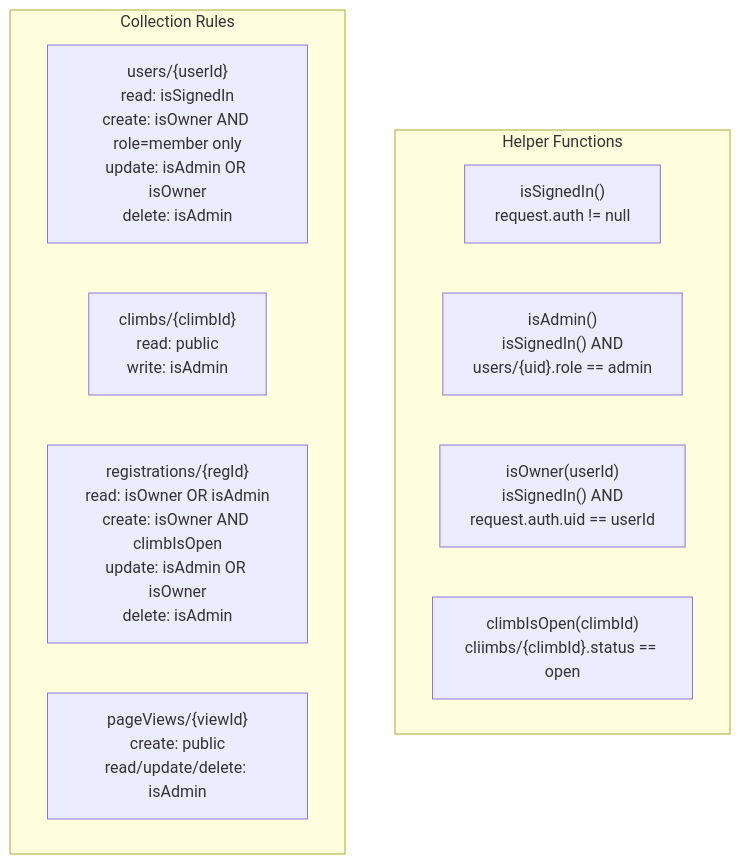
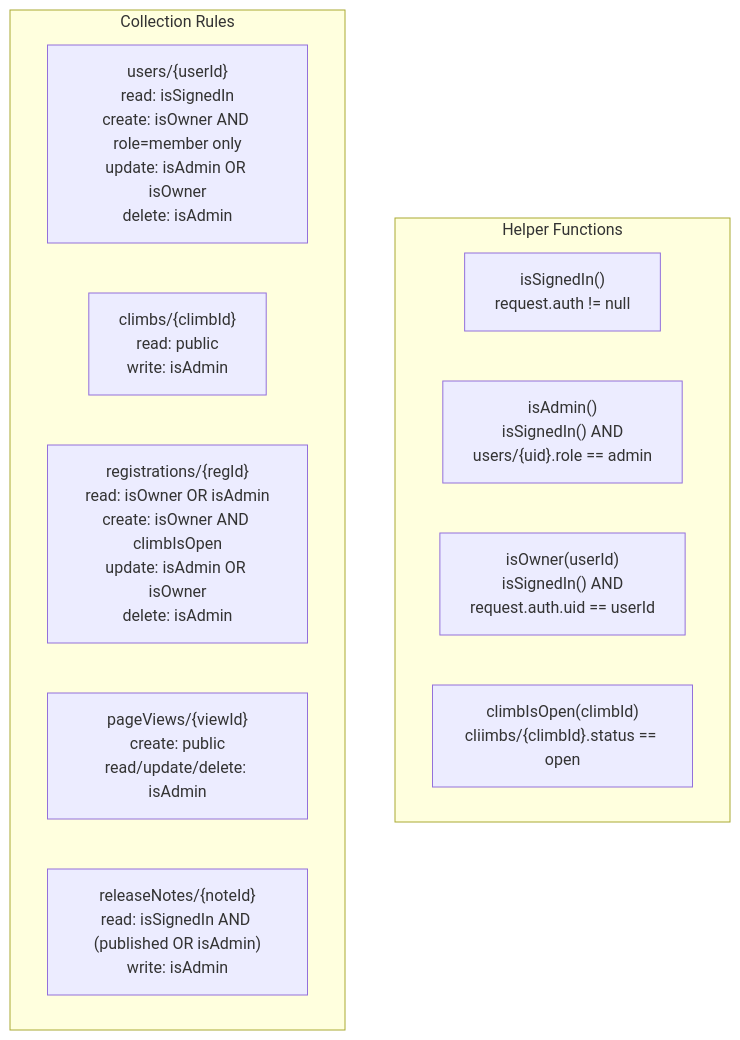
The fourth of 7 diagrams in docs/SECURITY.md (Oweeboi011/mms-open-climbs), drawn with Mermaid before and after one commit. The commit also changed other lines of this file and 9 other files, not shown here.

First line of the commit message:
feat: Implement Release Notes feature with admin publishing and member notifications

````diff
--- a/docs/SECURITY.md
+++ b/docs/SECURITY.md
@@ -152,16 +166,17 @@
 ```mermaid
 flowchart TD
     subgraph Helper["Helper Functions"]
         H1["isSignedIn()\nrequest.auth != null"]
         H2["isAdmin()\nisSignedIn() AND\nusers/{uid}.role == admin"]
         H3["isOwner(userId)\nisSignedIn() AND\nrequest.auth.uid == userId"]
         H4["climbIsOpen(climbId)\ncliimbs/{climbId}.status == open"]
     end
 
     subgraph Collections["Collection Rules"]
         C1["users/{userId}\nread: isSignedIn\ncreate: isOwner AND role=member only\nupdate: isAdmin OR isOwner\ndelete: isAdmin"]
         C2["climbs/{climbId}\nread: public\nwrite: isAdmin"]
         C3["registrations/{regId}\nread: isOwner OR isAdmin\ncreate: isOwner AND climbIsOpen\nupdate: isAdmin OR isOwner\ndelete: isAdmin"]
         C4["pageViews/{viewId}\ncreate: public\nread/update/delete: isAdmin"]
+        C5["releaseNotes/{noteId}\nread: isSignedIn AND (published OR isAdmin)\nwrite: isAdmin"]
     end
 ```
````
